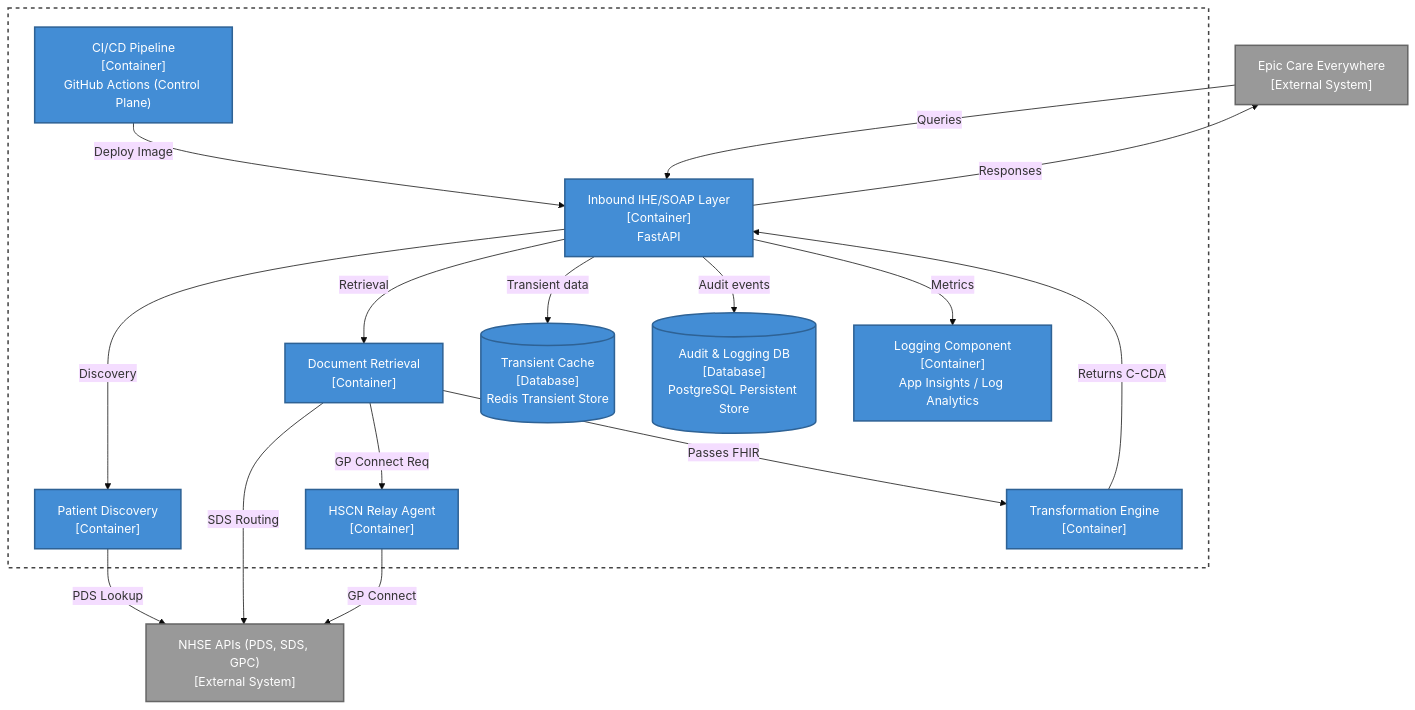
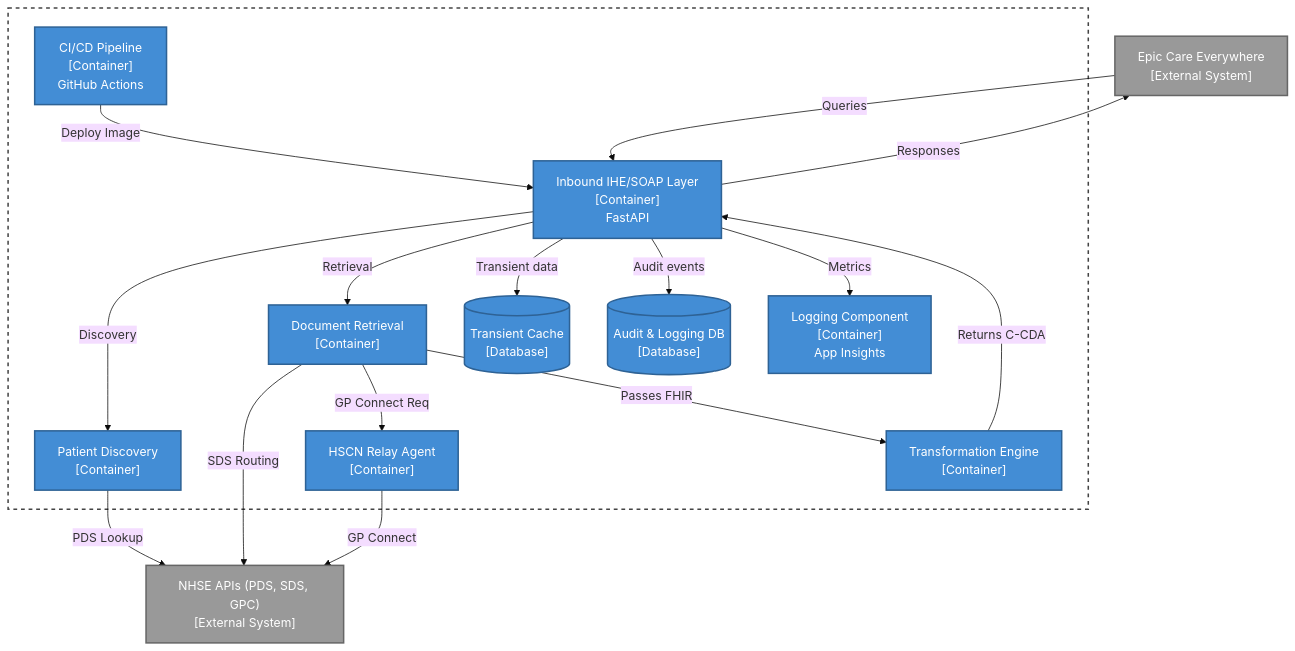
Before and after one commit to UCLH-Digital-Innovation-Hub/Xhuma: the second of 6 diagrams in docs/technical_architecture.md, drawn with Mermaid (base theme). The commit also changed other lines of this file and 22 other files, not shown here.

````diff
--- a/docs/technical_architecture.md
+++ b/docs/technical_architecture.md
@@ -41,47 +41,47 @@
 ```mermaid
 flowchart TD
     classDef system fill:#1168bd,color:#fff,stroke:#0b4884,stroke-width:2px;
     classDef ext_system fill:#999,color:#fff,stroke:#666,stroke-width:2px;
     classDef container fill:#438dd5,color:#fff,stroke:#2e6295,stroke-width:2px;
     classDef db fill:#438dd5,color:#fff,stroke:#2e6295,stroke-width:2px;
     classDef boundary fill:none,color:#fff,stroke:#444,stroke-width:2px,stroke-dasharray: 5 5;
 
     %% External Systems
     Epic["Epic Care Everywhere\n[External System]"]:::ext_system
     NHSE["NHSE APIs (PDS, SDS, GPC)\n[External System]"]:::ext_system
 
-    %% Trust Boundary
-    subgraph TrustBoundary[System Boundary - Xhuma / Target Site]
-        CICD["CI/CD Pipeline\n[Container]\nGitHub Actions (Control Plane)"]:::container
+    %% UCLH Boundary
+    subgraph UCLHBoundary[System Boundary - Xhuma / UCLH]
+        CICD["CI/CD Pipeline\n[Container]\nGitHub Actions"]:::container
         API["Inbound IHE/SOAP Layer\n[Container]\nFastAPI"]:::container
         PDS["Patient Discovery\n[Container]"]:::container
         Ret["Document Retrieval\n[Container]"]:::container
         Trans["Transformation Engine\n[Container]"]:::container
-        Audit[("Audit & Logging DB\n[Database]\nPostgreSQL Persistent Store")]:::db
-        Cache[("Transient Cache\n[Database]\nRedis Transient Store")]:::db
-        Mon["Logging Component\n[Container]\nApp Insights / Log Analytics"]:::container
+        Audit[("Audit & Logging DB\n[Database]")]:::db
+        Cache[("Transient Cache\n[Database]")]:::db
+        Mon["Logging Component\n[Container]\nApp Insights"]:::container
         Relay["HSCN Relay Agent\n[Container]"]:::container
     end
-    class TrustBoundary boundary;
+    class UCLHBoundary boundary;
 
     %% Relationships
     CICD -->|Deploy Image| API
     
     Epic -->|Queries| API
     API -->|Responses| Epic
     
     API -->|Discovery| PDS
     API -->|Retrieval| Ret
     
     PDS -->|PDS Lookup| NHSE
     Ret -->|SDS Routing| NHSE
     Ret -->|GP Connect Req| Relay
     Relay -->|GP Connect| NHSE
     
     Ret -->|Passes FHIR| Trans
     Trans -->|Returns C-CDA| API
     
     API -->|Transient data| Cache
     API -->|Audit events| Audit
     API -->|Metrics| Mon
 ```
````
